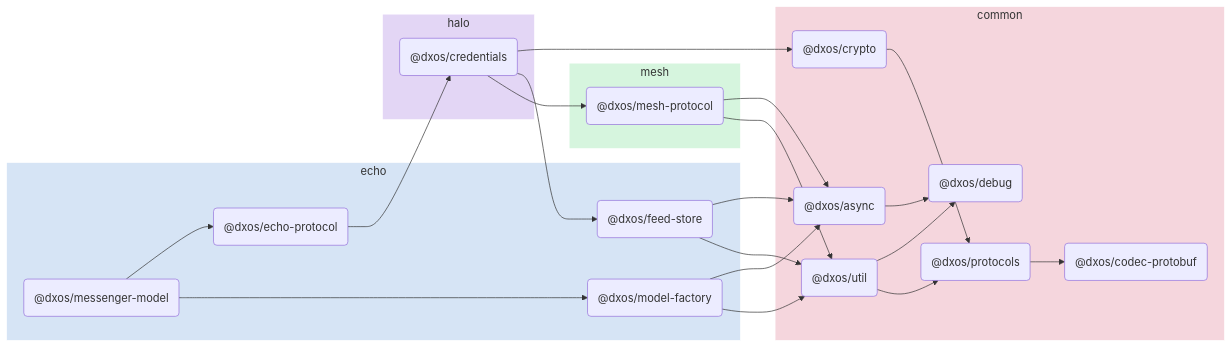
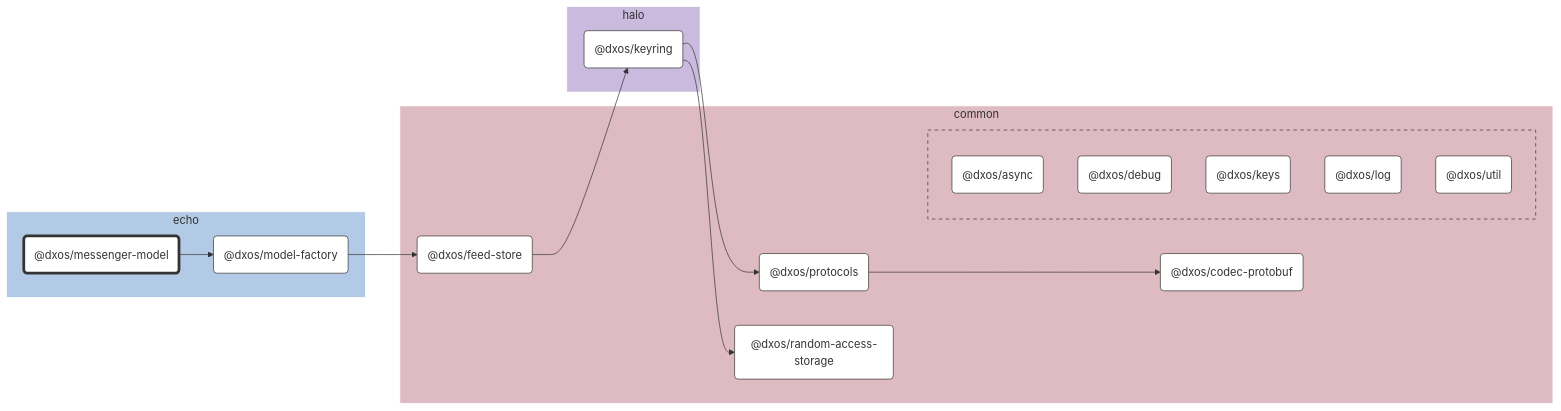
Before and after one commit to dxos/dxos: the diagram in packages/echo/messenger-model/docs/README.md, drawn with Mermaid. The commit also changed other lines of this file and 89 other files, not shown here.

````diff
--- a/packages/echo/messenger-model/docs/README.md
+++ b/packages/echo/messenger-model/docs/README.md
@@ -5,49 +7,79 @@
 ```mermaid
-flowchart LR;
+%%{ init: {'flowchart':{'curve':'basis'}} }%%
 
+flowchart LR
+
+%% Links
+dxos/feed-store --> dxos/keyring;
+dxos/keyring --> dxos/protocols;
+dxos/keyring --> dxos/random-access-storage;
+dxos/messenger-model --> dxos/model-factory;
+dxos/model-factory --> dxos/feed-store;
+dxos/protocols --> dxos/codec-protobuf;
+
+%% Sections
 subgraph echo
-  style echo fill:#d6e4f5,stroke:#fff;
-  dxos/messenger-model("@dxos/messenger-model");
-  dxos/echo-protocol("@dxos/echo-protocol");
-  dxos/feed-store("@dxos/feed-store");
-  dxos/model-factory("@dxos/model-factory");
+  style echo fill:#b3cae6,stroke:#fff;
+
+  dxos/messenger-model("@dxos/messenger-model")
+  dxos/model-factory("@dxos/model-factory")
 end
 
 subgraph common
-  style common fill:#f5d6dd,stroke:#fff;
-  dxos/codec-protobuf("@dxos/codec-protobuf");
-  dxos/async("@dxos/async");
-  dxos/debug("@dxos/debug");
-  dxos/crypto("@dxos/crypto");
-  dxos/protocols("@dxos/protocols");
-  dxos/util("@dxos/util");
+  style common fill:#debac2,stroke:#fff;
+
+  dxos/codec-protobuf("@dxos/codec-protobuf")
+  dxos/feed-store("@dxos/feed-store")
+  dxos/protocols("@dxos/protocols")
+  dxos/random-access-storage("@dxos/random-access-storage")
+
+  subgraph common-excluded [ ]
+    style common-excluded fill:#debac2,stroke:#333,stroke-dasharray:5 5;
+
+    dxos/async("@dxos/async")
+    dxos/debug("@dxos/debug")
+    dxos/keys("@dxos/keys")
+    dxos/log("@dxos/log")
+    dxos/util("@dxos/util")
+  end
 end
 
 subgraph halo
-  style halo fill:#e3d6f5,stroke:#fff;
-  dxos/credentials("@dxos/credentials");
+  style halo fill:#cabade,stroke:#fff;
+
+  dxos/keyring("@dxos/keyring")
 end
 
-subgraph mesh
-  style mesh fill:#d6f5de,stroke:#fff;
-  dxos/mesh-protocol("@dxos/mesh-protocol");
-end
 
-dxos/messenger-model --> dxos/echo-protocol;
-dxos/async --> dxos/debug;
-dxos/echo-protocol --> dxos/credentials;
-dxos/credentials --> dxos/crypto;
-dxos/crypto --> dxos/protocols;
-dxos/protocols --> dxos/codec-protobuf;
-dxos/credentials --> dxos/feed-store;
-dxos/feed-store --> dxos/async;
-dxos/feed-store --> dxos/util;
-dxos/util --> dxos/debug;
-dxos/util --> dxos/protocols;
-dxos/credentials --> dxos/mesh-protocol;
-dxos/mesh-protocol --> dxos/async;
-dxos/mesh-protocol --> dxos/util;
-dxos/messenger-model --> dxos/model-factory;
-dxos/model-factory --> dxos/async;
-dxos/model-factory --> dxos/util;
+%% Hyperlinks
+click dxos/async "dxos/dxos/tree/main/packages/common/async/docs";
+click dxos/codec-protobuf "dxos/dxos/tree/main/packages/common/codec-protobuf/docs";
+click dxos/debug "dxos/dxos/tree/main/packages/common/debug/docs";
+click dxos/feed-store "dxos/dxos/tree/main/packages/common/feed-store/docs";
+click dxos/keyring "dxos/dxos/tree/main/packages/halo/keyring/docs";
+click dxos/keys "dxos/dxos/tree/main/packages/common/keys/docs";
+click dxos/log "dxos/dxos/tree/main/packages/common/log/docs";
+click dxos/model-factory "dxos/dxos/tree/main/packages/echo/model-factory/docs";
+click dxos/protocols "dxos/dxos/tree/main/packages/common/protocols/docs";
+click dxos/random-access-storage "dxos/dxos/tree/main/packages/common/random-access-storage/docs";
+click dxos/util "dxos/dxos/tree/main/packages/common/util/docs";
+
+%% Styles
+classDef rootNode fill:#fff,stroke:#333,stroke-width:4px
+classDef defaultNode fill:#fff,stroke:#333,stroke-width:1px
+linkStyle default stroke:#333,stroke-width:1px
+
+dxos/messenger-model:::rootNode
+
+dxos/async:::defaultNode
+dxos/codec-protobuf:::defaultNode
+dxos/debug:::defaultNode
+dxos/feed-store:::defaultNode
+dxos/keyring:::defaultNode
+dxos/keys:::defaultNode
+dxos/log:::defaultNode
+dxos/model-factory:::defaultNode
+dxos/protocols:::defaultNode
+dxos/random-access-storage:::defaultNode
+dxos/util:::defaultNode
 ```
````
